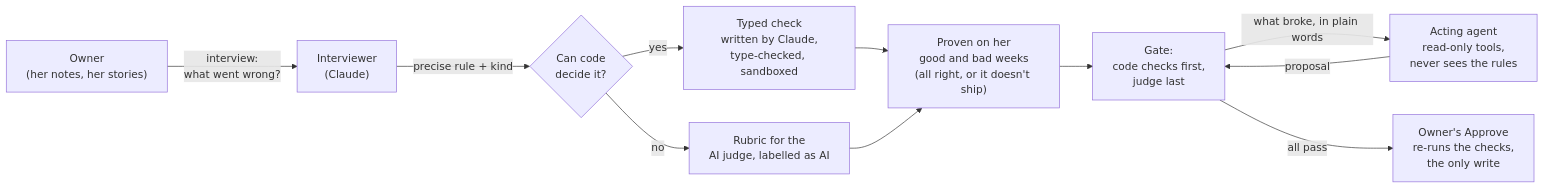
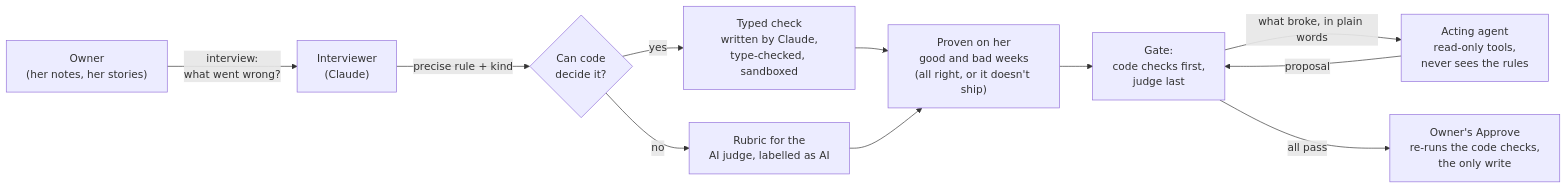
The diagram in README.md (AIwithDiego/taste-to-evals), drawn with Mermaid before and after one commit. The commit also changed other lines of this file and 12 other files, not shown here.

````diff
--- a/README.md
+++ b/README.md
@@ -21,13 +68,13 @@
 ```mermaid
 flowchart LR
   O["Owner<br/>(her notes, her stories)"] -->|"interview:<br/>what went wrong?"| I["Interviewer<br/>(Claude)"]
   I -->|precise rule + kind| D{"Can code<br/>decide it?"}
   D -->|yes| C["Typed check<br/>written by Claude,<br/>type-checked, sandboxed"]
   D -->|no| J["Rubric for the<br/>AI judge, labelled as AI"]
   C --> P["Proven on her<br/>good and bad weeks<br/>(all right, or it doesn't ship)"]
   J --> P
   A["Acting agent<br/>read-only tools,<br/>never sees the rules"] -->|proposal| G["Gate:<br/>code checks first,<br/>judge last"]
   P --> G
   G -->|"what broke, in plain words"| A
-  G -->|all pass| H["Owner's Approve<br/>re-runs the checks,<br/>the only write"]
+  G -->|all pass| H["Owner's Approve<br/>re-runs the code checks,<br/>the only write"]
 ```
````
